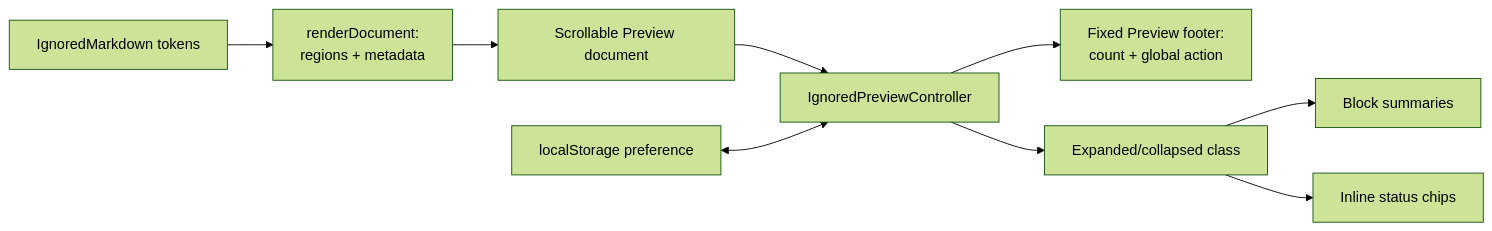
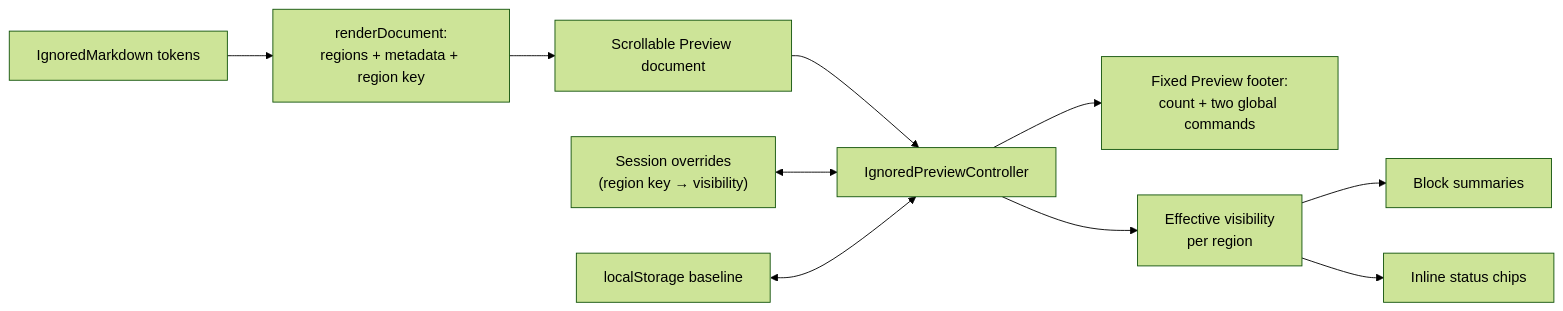
One commit to pengzhengyi/dialoguedown changed the diagram in docs/contributing/design-notes/Ignored Markdown Preview Toggle.md. Above: the diagram before and after it, drawn with Mermaid (forest theme). The commit also changed other lines of this file and 15 other files, not shown here.

Commit message:
feat(visualization): show or hide ignored Preview regions individually (#281)

````diff
--- a/docs/contributing/design-notes/Ignored Markdown Preview Toggle.md
+++ b/docs/contributing/design-notes/Ignored Markdown Preview Toggle.md
@@ -76,11 +94,12 @@
 ```mermaid
 flowchart LR
-    T["IgnoredMarkdown tokens"] --> R["renderDocument:<br/>regions + metadata"]
+    T["IgnoredMarkdown tokens"] --> R["renderDocument:<br/>regions + metadata + region key"]
     R --> P["Scrollable Preview document"]
     P --> C["IgnoredPreviewController"]
-    C --> F["Fixed Preview footer:<br/>count + global action"]
-    C --> S["Expanded/collapsed class"]
-    S --> B["Block summaries"]
-    S --> I["Inline status chips"]
-    L["localStorage preference"] <--> C
+    C --> F["Fixed Preview footer:<br/>count + two global commands"]
+    C --> V["Effective visibility<br/>per region"]
+    V --> B["Block summaries"]
+    V --> I["Inline status chips"]
+    O["Session overrides<br/>(region key → visibility)"] <--> C
+    L["localStorage baseline"] <--> C
 ```
````
